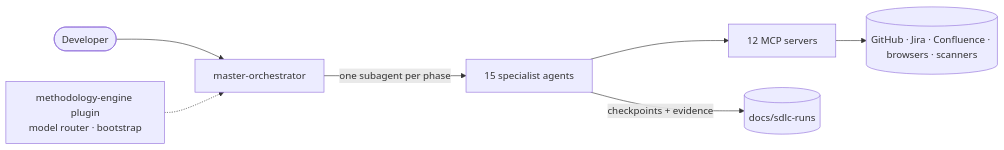
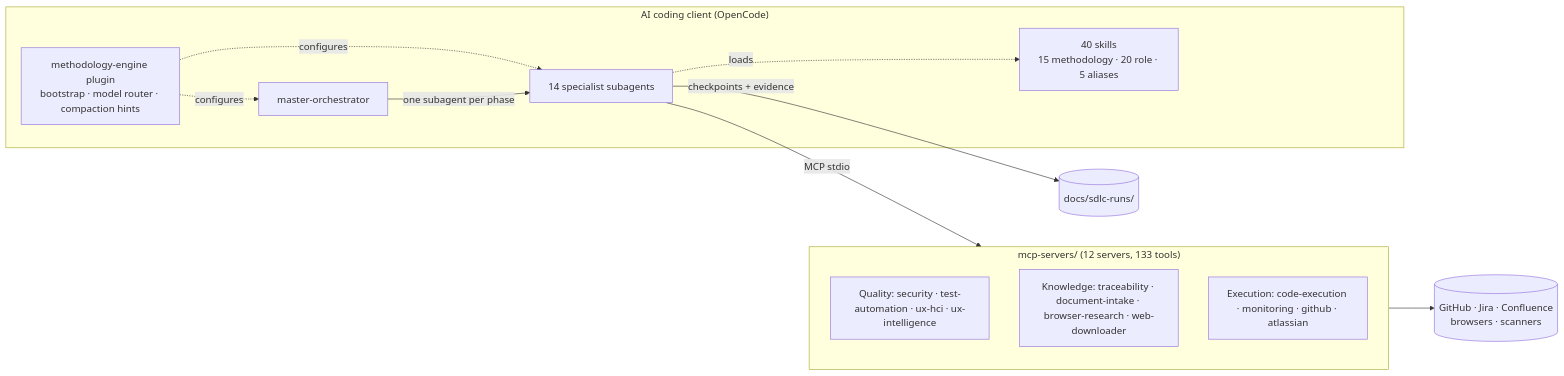
One commit to aideveloper1976-arch/agentic-sdlc changed the second of 2 diagrams in README.md. Above: the diagram before and after it, drawn with Mermaid. The commit also changed other lines of this file and 61 other files, not shown here.

````diff
--- a/README.md
+++ b/README.md
@@ -40,9 +95,21 @@
 ```mermaid
 flowchart LR
-    Dev([Developer]) --> Orch[master-orchestrator]
-    Orch -->|one subagent per phase| Agents[15 specialist agents]
-    Agents --> MCP[12 MCP servers]
-    MCP --> Ext[(GitHub · Jira · Confluence · browsers · scanners)]
-    Agents -->|checkpoints + evidence| Disk[(docs/sdlc-runs)]
-    Plugin[methodology-engine plugin<br/>model router · bootstrap] -.-> Orch
+    subgraph Client["AI coding client (OpenCode)"]
+        P["methodology-engine plugin<br/>bootstrap · model router · compaction hints"]
+        O["master-orchestrator"]
+        A["14 specialist subagents"]
+        S["40 skills<br/>15 methodology · 20 role · 5 aliases"]
+        P -. configures .-> O & A
+        O -->|one subagent per phase| A
+        A -. loads .-> S
+    end
+    A -->|MCP stdio| M
+    subgraph M["mcp-servers/ (12 servers, 133 tools)"]
+        direction TB
+        Q["Quality: security · test-automation · ux-hci · ux-intelligence"]
+        K["Knowledge: traceability · document-intake · browser-research · web-downloader"]
+        X["Execution: code-execution · monitoring · github · atlassian"]
+    end
+    M --> E[("GitHub · Jira · Confluence<br/>browsers · scanners")]
+    A -->|checkpoints + evidence| D[("docs/sdlc-runs/")]
 ```
````
